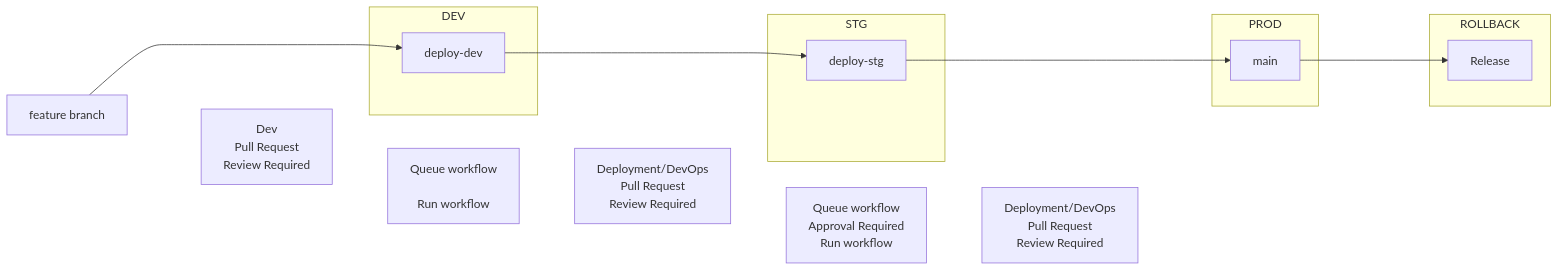
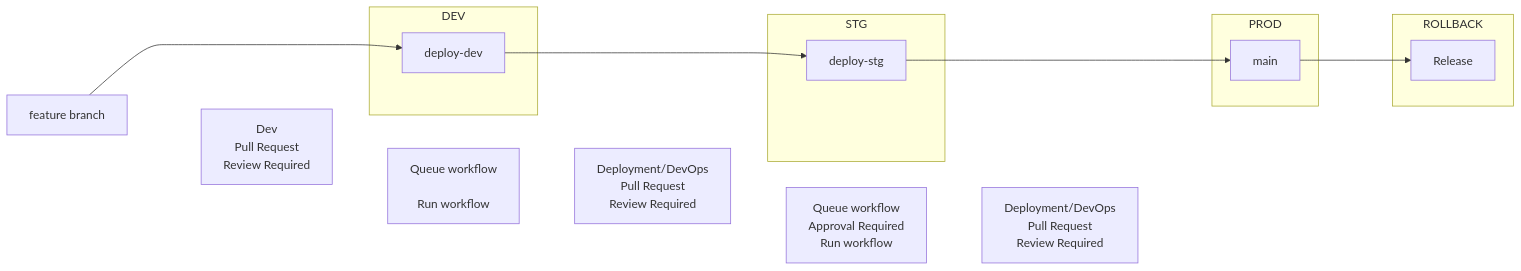
The diagram in Gates-Workflow.md (fritzramos-gf/Workflows), drawn with Mermaid before and after one commit.

````diff
--- a/Gates-Workflow.md
+++ b/Gates-Workflow.md
@@ -1,38 +1,38 @@
 ```mermaid
 flowchart LR
     A[feature branch] ----> B
     A ~~~ C["Dev\nPull Request\nReview Required"]
     C ~~~ B
     subgraph DEV
         B[deploy-dev]
     end
      C ~~~ G["Queue workflow
         \nRun workflow"]
 
     B ---> D
     G ~~~ H["Deployment/DevOps\nPull Request\nReview Required"]
     H ~~~ D
     subgraph STG
         D[deploy-stg]
     end
     D ----> E
     H ~~~ I["Queue workflow\nApproval Required\nRun workflow"]
     subgraph PROD
         E[main]
     end
-    E ----> F
+    E ---> F
     I ~~~ J["Deployment/DevOps\nPull Request\nReview Required"] 
     subgraph ROLLBACK
         F[Release]
     end
 
 
 
 
 
 
 
 
 
 
 ```
````
